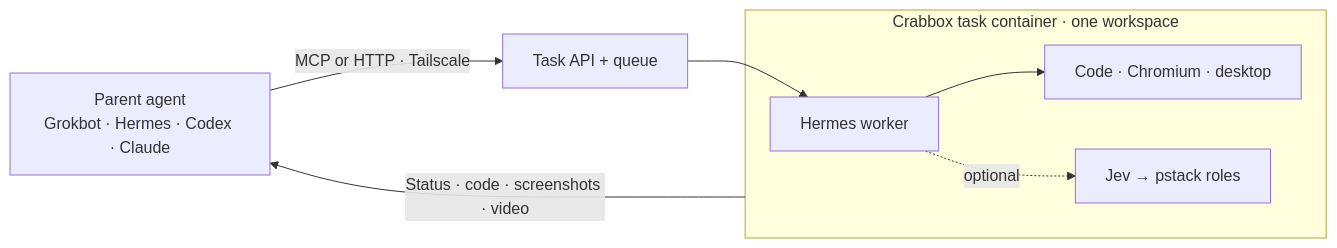
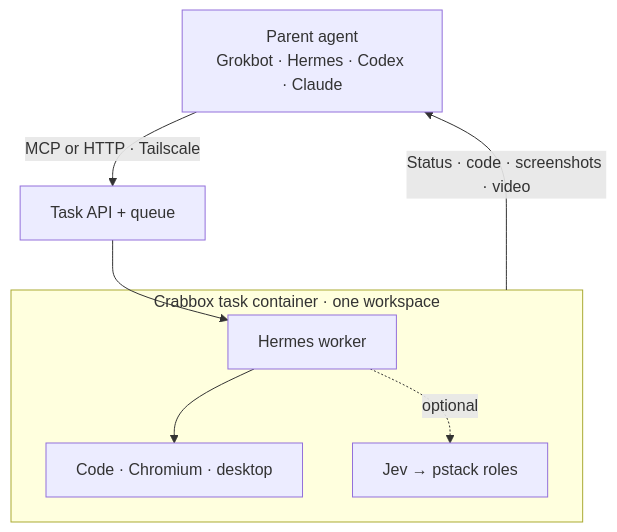
One commit to thomasbek3/hermes-crabbox changed the diagram in README.md. Above: the diagram before and after it, drawn with Mermaid.

Commit message:
Make the architecture diagram readable in narrow repository views

````diff
--- a/README.md
+++ b/README.md
@@ -114,10 +114,10 @@
 ```mermaid
-flowchart LR
+flowchart TB
     P["Parent agent<br/>Grokbot · Hermes · Codex · Claude"] -->|"MCP or HTTP · Tailscale"| A["Task API + queue"]
     A --> H
     subgraph C["Crabbox task container · one workspace"]
         H["Hermes worker"] --> B["Code · Chromium · desktop"]
         H -. "optional" .-> J["Jev → pstack roles"]
     end
     C -->|"Status · code · screenshots · video"| P
 ```
````
